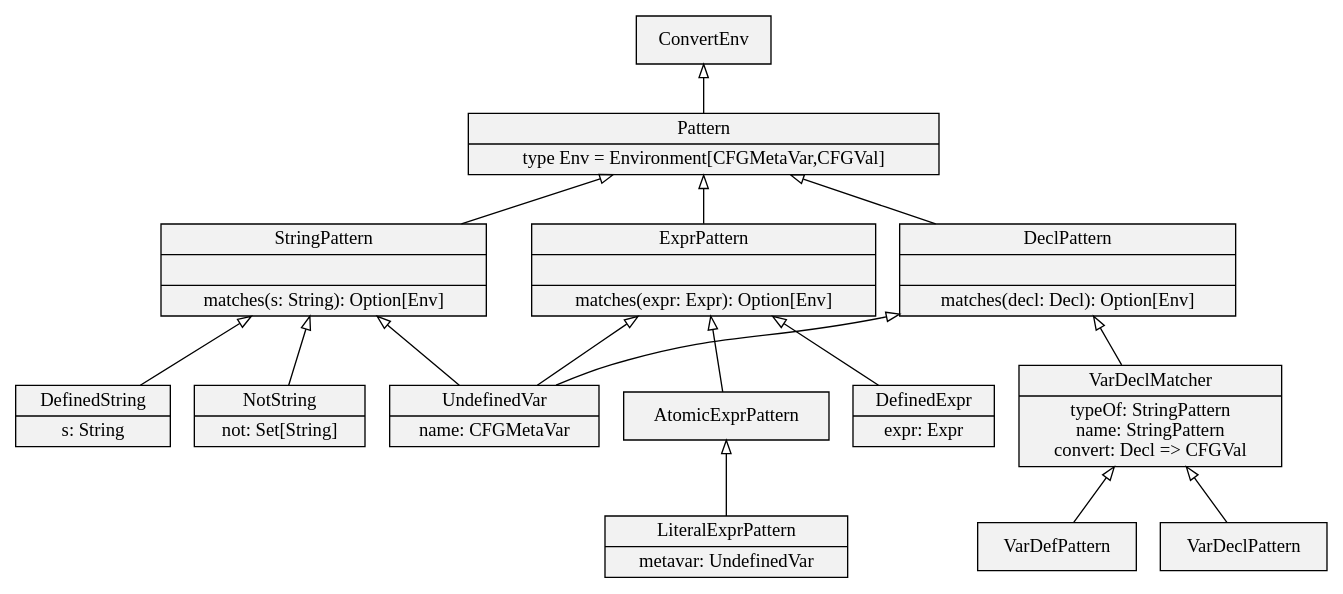
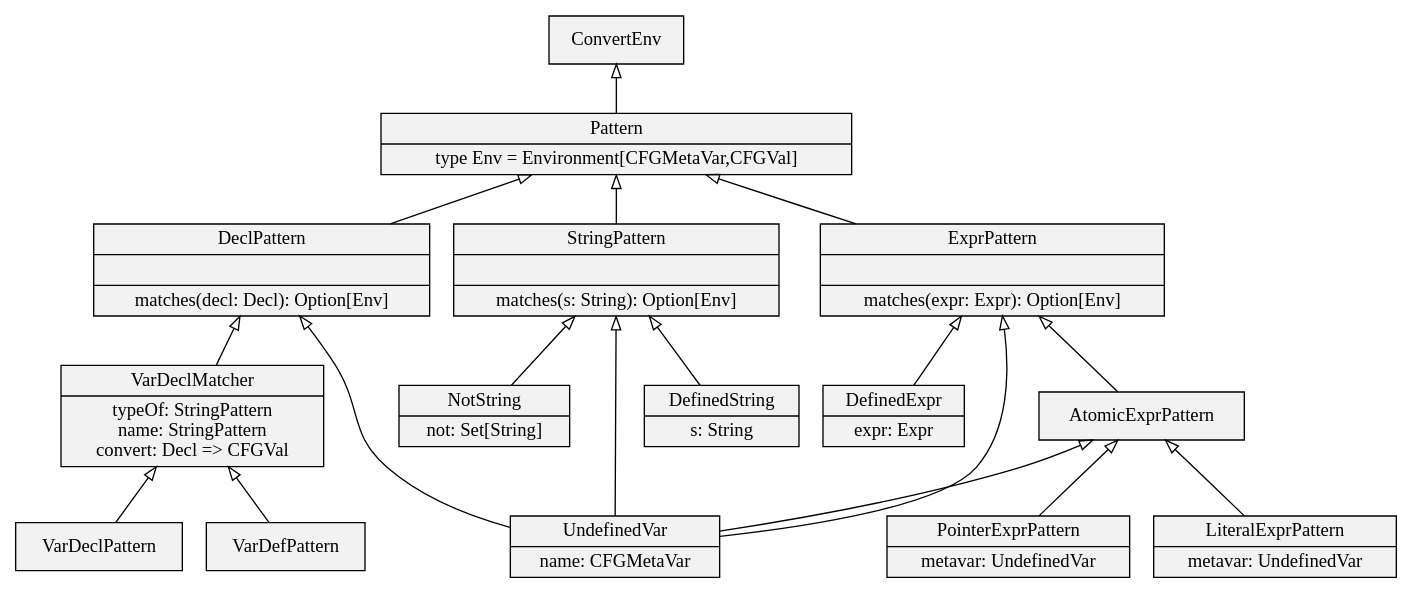
The diagram in docs/Architecture document/V2/data/patterns.dot (jxw1102/Projet-merou), drawn with Graphviz before and after one commit. The commit also changed 34 other files, not shown here.

```diff
--- a/docs/Architecture document/V2/data/patterns.dot
+++ b/docs/Architecture document/V2/data/patterns.dot
@@ -1,42 +1,45 @@
 digraph hierarchy {
 	node[shape=record,style=filled,fillcolor=gray95]
 	edge[dir=back, arrowtail=empty]
 
     // nodes
     Pat [label="{Pattern|type Env = Environment[CFGMetaVar,CFGVal]}"]
 	Convert [label="ConvertEnv"]
 	DeclPat [label="{DeclPattern||matches(decl: Decl): Option[Env]}"]
 	StringPat [label="{StringPattern||matches(s: String): Option[Env]}"]
 	ExprPat [label="{ExprPattern||matches(expr: Expr): Option[Env]}"]
 	AtomicPat [label="AtomicExprPattern"]
 	Undef [label="{UndefinedVar|name: CFGMetaVar}"]
 	DefExpr [label="{DefinedExpr|expr: Expr}"]
 	DefString [label="{DefinedString|s: String}"]
 	NotString [label="{NotString|not: Set[String]}"]
 	Lit [label="{LiteralExprPattern|metavar: UndefinedVar}"]
 	VarDeclMatch [label="{VarDeclMatcher|typeOf: StringPattern\nname: StringPattern\nconvert: Decl =\> CFGVal}"]
 	VarDeclPat [label="{VarDeclPattern}"]
 	VarDefPat [label="{VarDefPattern}"]	   
+	Pointer [label="{PointerExprPattern|metavar: UndefinedVar}"]
 	   
     // links    
     Convert -> Pat
 	
 	Pat -> DeclPat
 	Pat -> StringPat
 	Pat -> ExprPat
 	
 	StringPat -> DefString
 	StringPat -> NotString
 	StringPat -> Undef
 	
 	ExprPat -> DefExpr
 	ExprPat -> Undef
 	ExprPat -> AtomicPat
 	
 	AtomicPat -> Lit
+	AtomicPat -> Undef
+	AtomicPat -> Pointer
 		
 	DeclPat -> Undef
 	DeclPat -> VarDeclMatch
 	VarDeclMatch -> VarDeclPat
 	VarDeclMatch -> VarDefPat
 }
```
